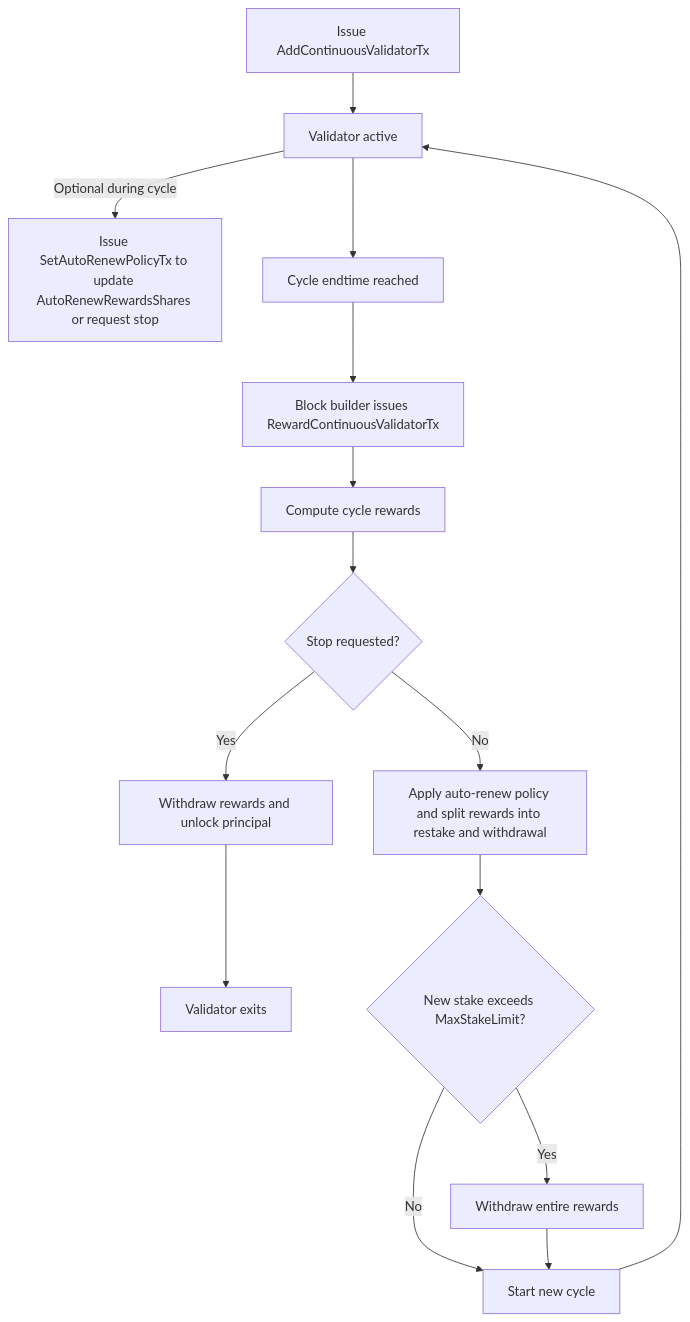
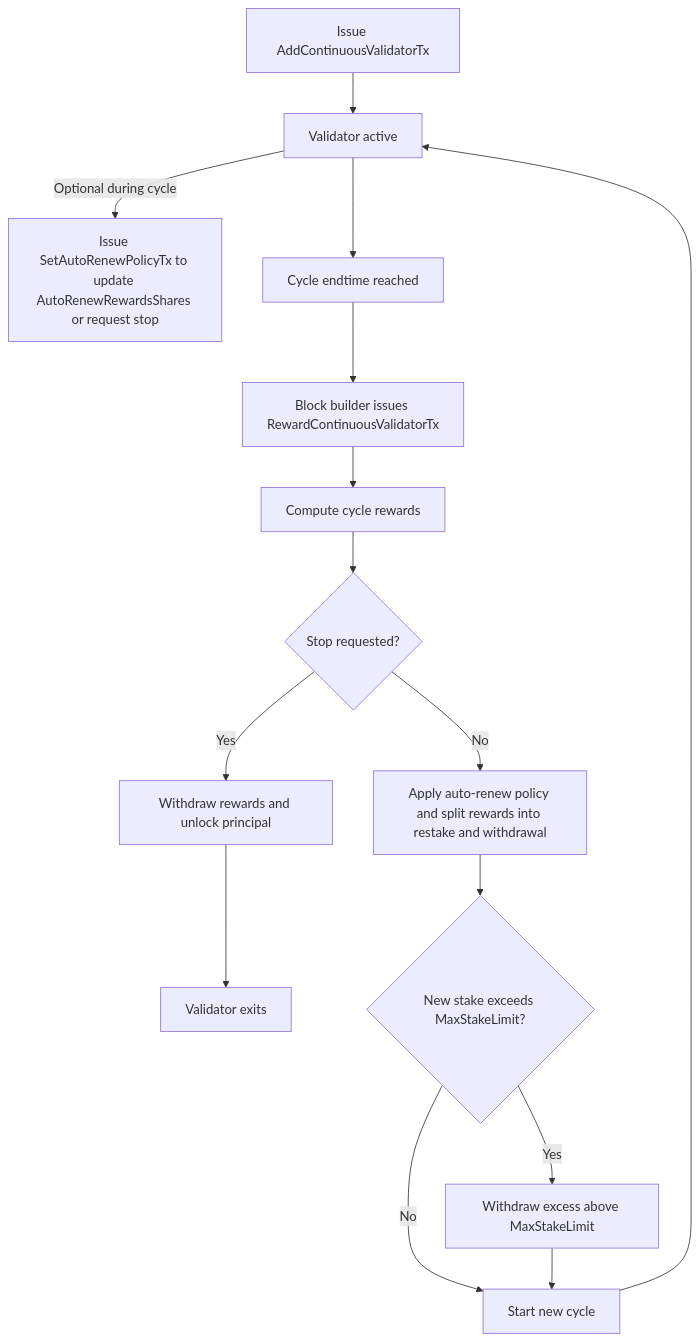
One commit to avalanche-foundation/ACPs changed the diagram in ACPs/236-continuous-staking/README.md. Above: the diagram before and after it, drawn with Mermaid. The commit also changed other lines of this file, not shown here.

Commit message:
excess above MaxStakeLimit is withdrawn + extra clarity

````diff
--- a/ACPs/236-continuous-staking/README.md
+++ b/ACPs/236-continuous-staking/README.md
@@ -148,21 +148,21 @@
 ```mermaid
 flowchart TD
   A[Issue AddContinuousValidatorTx] --> B[Validator active]
 
   B -->|Optional during cycle| C[Issue SetAutoRenewPolicyTx to update AutoRenewRewardsShares or request stop]
 
   B --> D[Cycle endtime reached]
   D --> E[Block builder issues RewardContinuousValidatorTx]
   E --> F[Compute cycle rewards]
   F --> G{Stop requested?}
 
   G -->|Yes| H[Withdraw rewards and unlock principal]
   H --> I[Validator exits]
 
   G -->|No| J[Apply auto-renew policy and split rewards into restake and withdrawal]
   J --> K{New stake exceeds MaxStakeLimit?}
-  K -->|Yes| L[Withdraw entire rewards]
+  K -->|Yes| L[Withdraw excess above MaxStakeLimit]
   K -->|No| N[Start new cycle]
   L --> N[Start new cycle]
   N --> B
 ```
````
